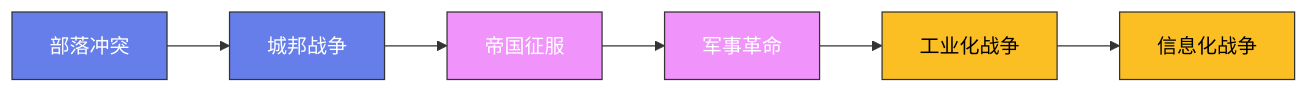
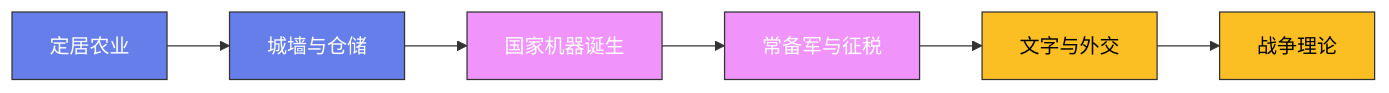
One commit to Fengur/Fengur.github.io changed the diagram in content/posts/ModelCreate/军事史/01-战争的起源.md. Above: the diagram before and after it, drawn with Mermaid. The commit also changed other lines of this file and 118 other files, not shown here.

````diff
--- a/content/posts/ModelCreate/军事史/01-战争的起源.md
+++ b/content/posts/ModelCreate/军事史/01-战争的起源.md
@@ -41,16 +39,16 @@
 ```mermaid
 graph LR
-    A["部落冲突"] --> B["城邦战争"]
-    B --> C["帝国征服"]
-    C --> D["军事革命"]
-    D --> E["工业化战争"]
-    E --> F["信息化战争"]
+    A["定居农业"] --> B["城墙与仓储"]
+    B --> C["国家机器诞生"]
+    C --> D["常备军与征税"]
+    D --> E["文字与外交"]
+    E --> F["战争理论"]
 
     classDef early fill:#667eea,stroke:#333,color:white
     classDef mid fill:#f093fb,stroke:#333,color:white
     classDef modern fill:#fbbf24,stroke:#333,color:black
 
     class A,B early
     class C,D mid
     class E,F modern
 ```
````
